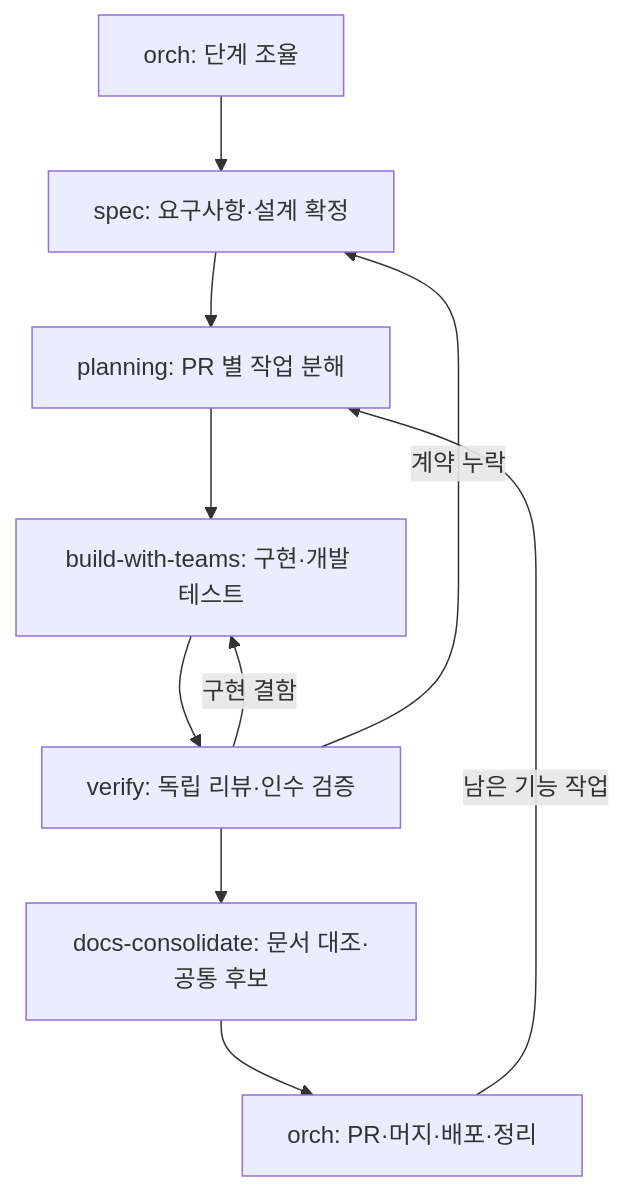
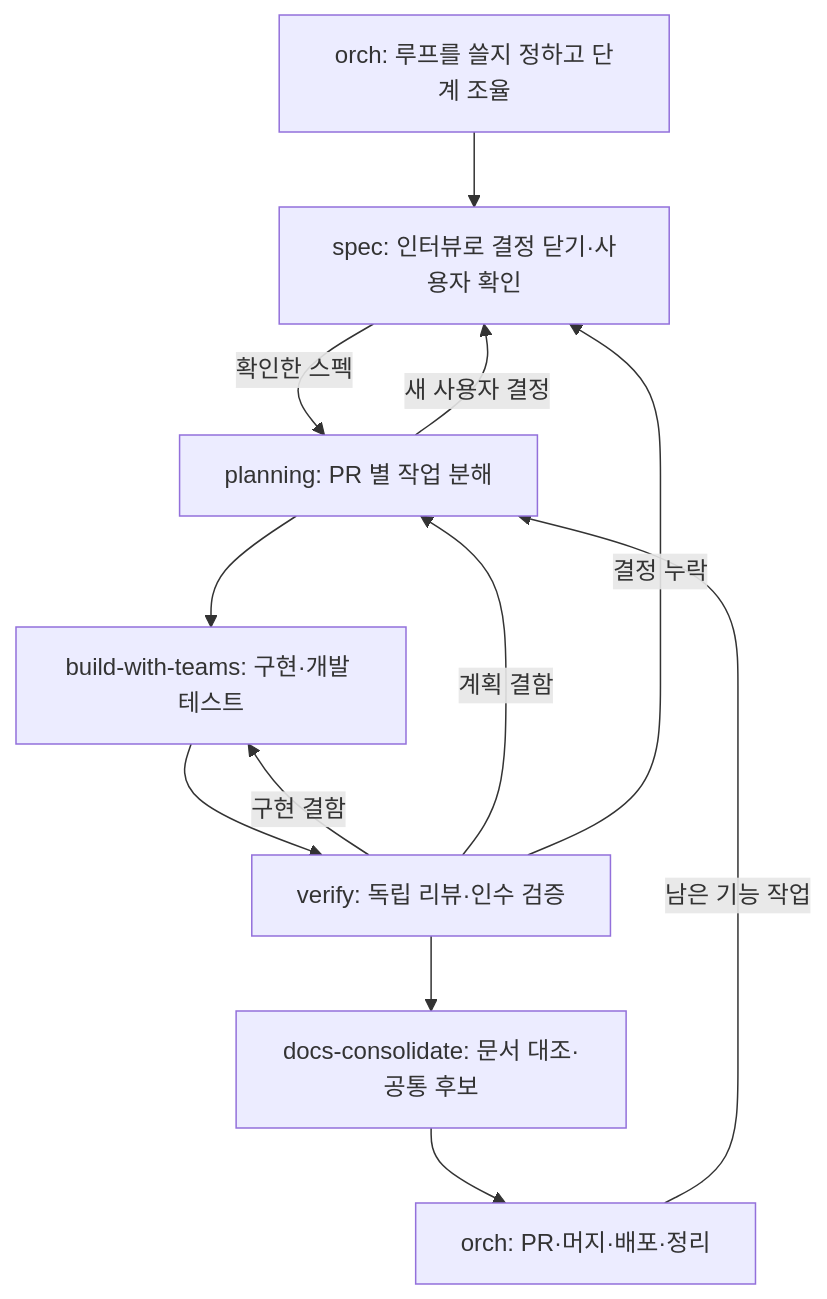
The diagram in README.md (jon890/fos-skills), drawn with Mermaid before and after one commit. The commit also changed other lines of this file and 2 other files, not shown here.

````diff
--- a/README.md
+++ b/README.md
@@ -8,12 +8,14 @@
 ```mermaid
 flowchart TD
-    O[orch: 단계 조율] --> S[spec: 요구사항·설계 확정]
-    S --> P[planning: PR 별 작업 분해]
+    O[orch: 루프를 쓸지 정하고 단계 조율] --> S[spec: 인터뷰로 결정 닫기·사용자 확인]
+    S -->|확인한 스펙| P[planning: PR 별 작업 분해]
+    P -->|새 사용자 결정| S
     P --> B[build-with-teams: 구현·개발 테스트]
     B --> V[verify: 독립 리뷰·인수 검증]
     V --> D[docs-consolidate: 문서 대조·공통 후보]
     V -->|구현 결함| B
-    V -->|계약 누락| S
+    V -->|계획 결함| P
+    V -->|결정 누락| S
     D --> M[orch: PR·머지·배포·정리]
     M -->|남은 기능 작업| P
 ```
````
